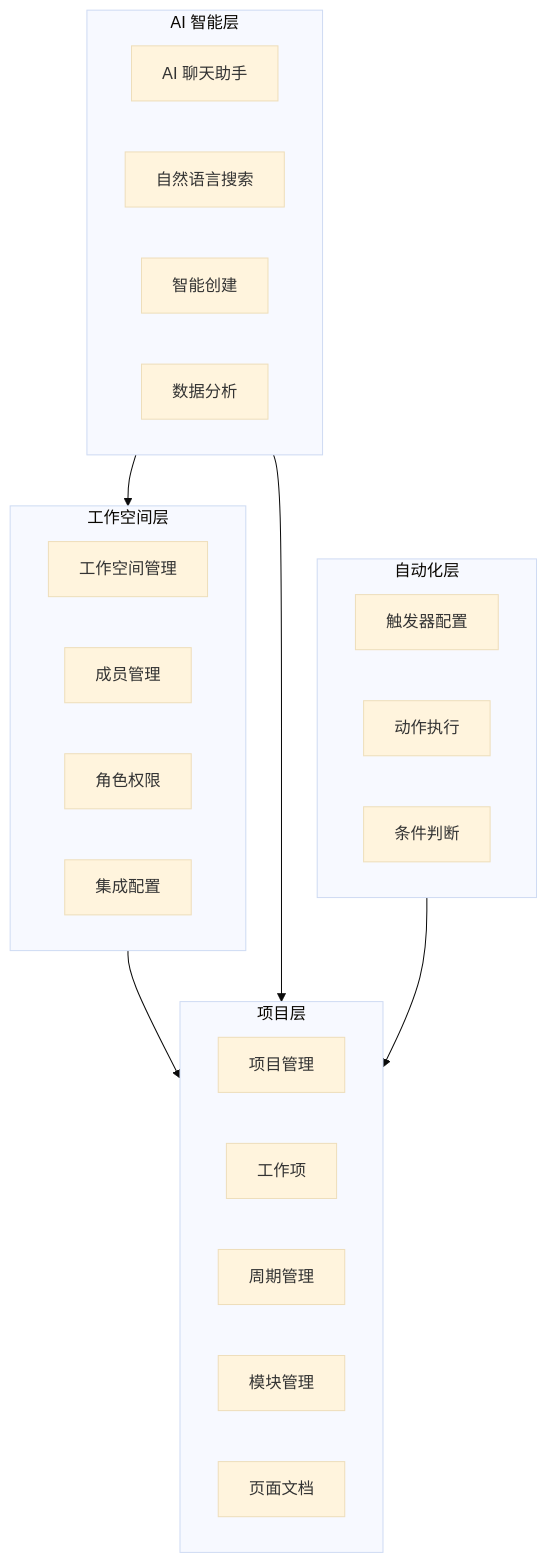
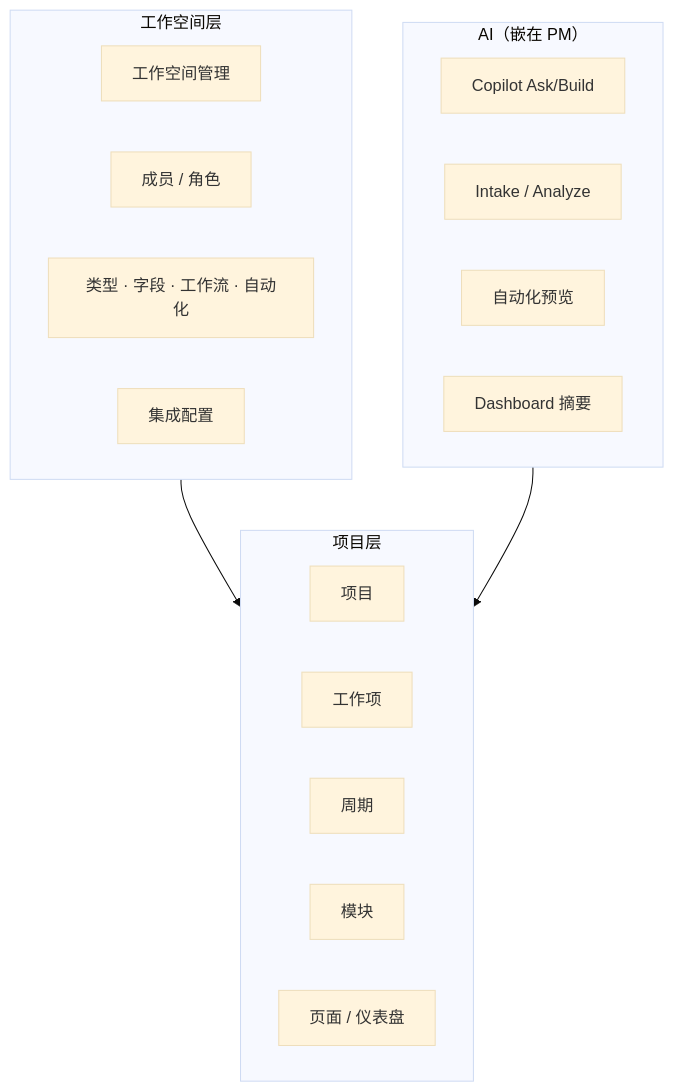
Before and after one commit to vinthuy/reqmango: the first of 10 diagrams in docs/kb/PRD.md, drawn with Mermaid (base theme). The commit also changed other lines of this file and 27 other files, not shown here.

````diff
--- a/docs/kb/PRD.md
+++ b/docs/kb/PRD.md
@@ -33,35 +41,27 @@
 ```mermaid
 flowchart TB
     subgraph Workspace["工作空间层"]
         A[工作空间管理]
-        B[成员管理]
-        C[角色权限]
+        B[成员 / 角色]
+        C[类型 · 字段 · 工作流 · 自动化]
         D[集成配置]
     end
     
     subgraph Project["项目层"]
-        E[项目管理]
+        E[项目]
         F[工作项]
-        G[周期管理]
-        H[模块管理]
-        I[页面文档]
+        G[周期]
+        H[模块]
+        I[页面 / 仪表盘]
     end
     
-    subgraph AI["AI 智能层"]
-        J[AI 聊天助手]
-        K[自然语言搜索]
-        L[智能创建]
-        M[数据分析]
-    end
-    
-    subgraph Automation["自动化层"]
-        N[触发器配置]
-        O[动作执行]
-        P[条件判断]
+    subgraph AI["AI（嵌在 PM）"]
+        J[Copilot Ask/Build]
+        K[Intake / Analyze]
+        L[自动化预览]
+        M[Dashboard 摘要]
     end
     
     Workspace --> Project
     AI --> Project
-    AI --> Workspace
-    Automation --> Project
 ```
````
